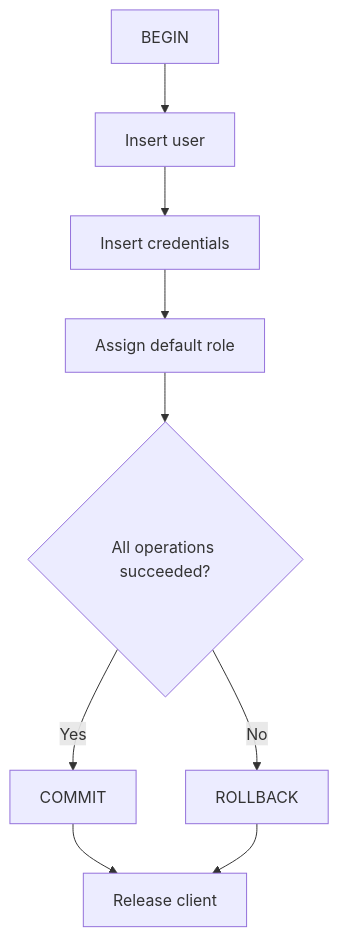
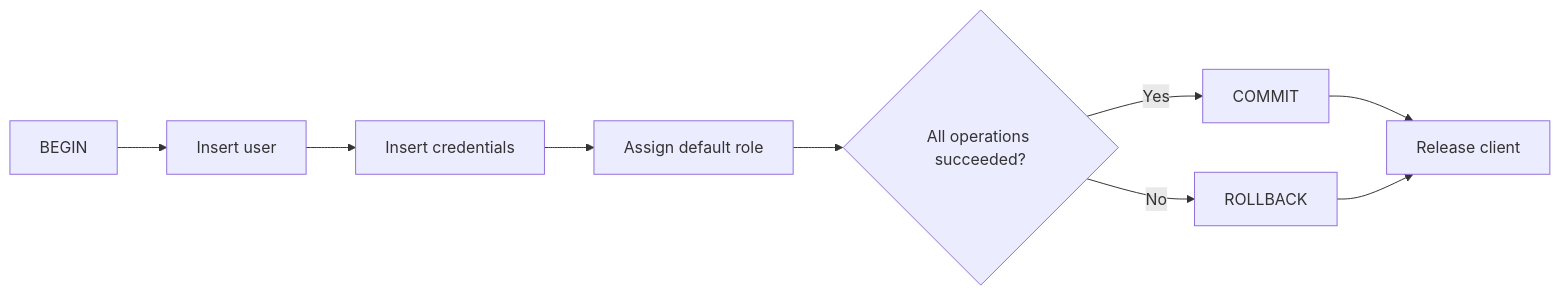
One commit to Rokiis1/Teaching-Materia changed the third of 3 diagrams in docs/en/express/database_integration/2_level/2_level_database_integration.md. Above: the diagram before and after it, drawn with Mermaid.

Commit message:
fixed mermaid diagram

````diff
--- a/docs/en/express/database_integration/2_level/2_level_database_integration.md
+++ b/docs/en/express/database_integration/2_level/2_level_database_integration.md
@@ -594,11 +594,11 @@
 ```mermaid
-flowchart TD
+flowchart LR
     A["BEGIN"] --> B["Insert user"]
     B --> C["Insert credentials"]
     C --> D["Assign default role"]
     D --> E{"All operations succeeded?"}
     E -->|Yes| F["COMMIT"]
     E -->|No| G["ROLLBACK"]
     F --> H["Release client"]
     G --> H
 ```
````
